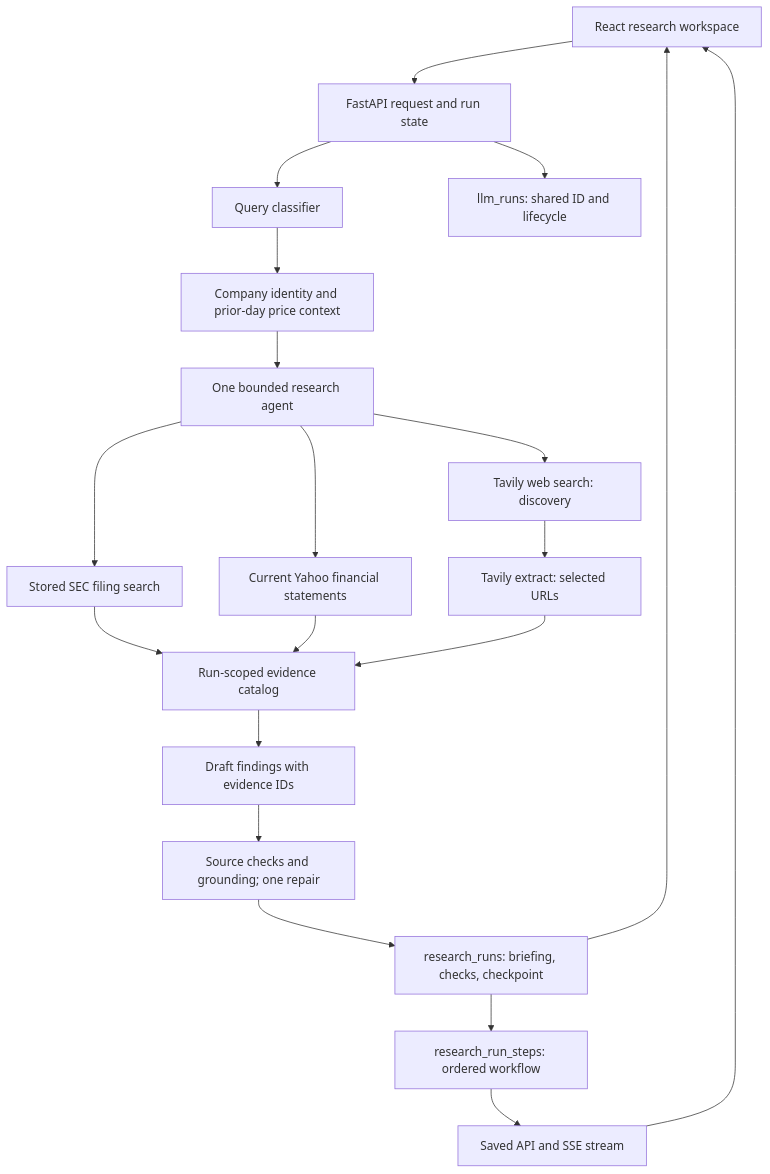
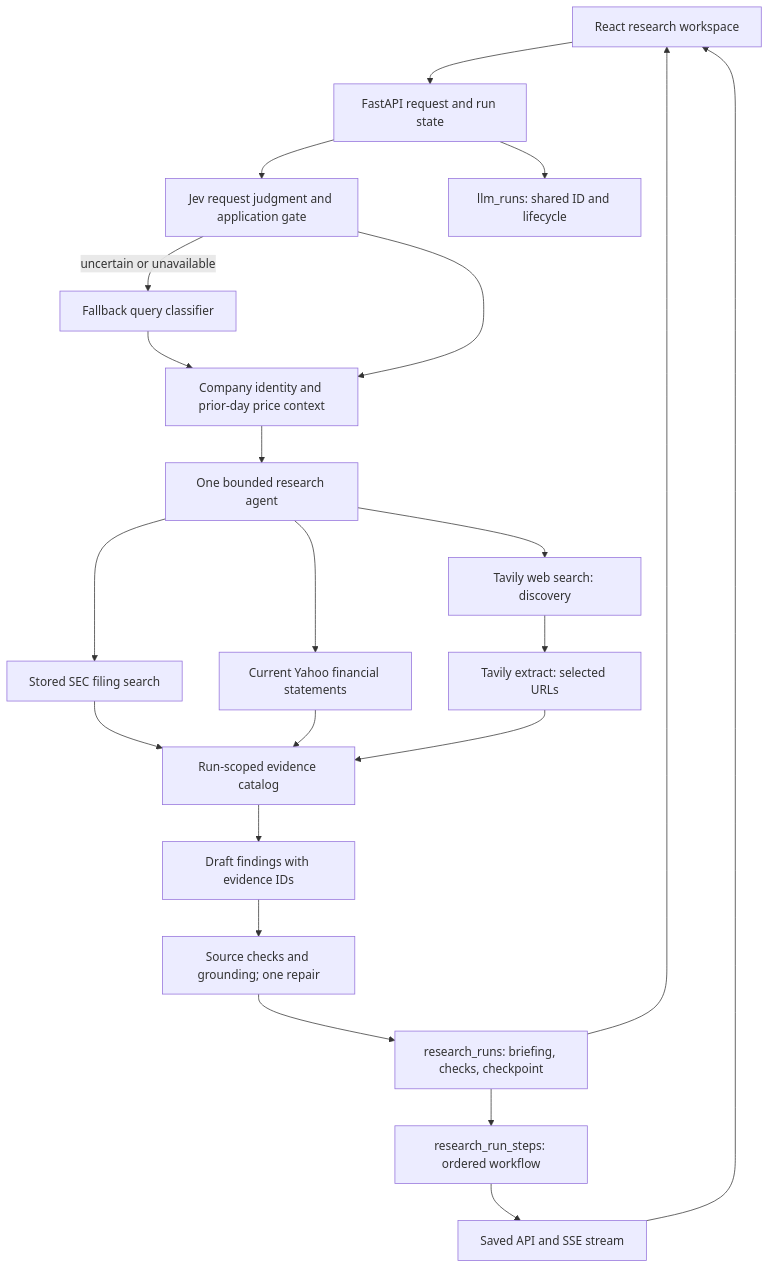
The diagram in backend/research_workflow/README.md (SeijiMatsumoto/ai-systems), drawn with Mermaid before and after one commit. The commit also changed other lines of this file and 18 other files, not shown here.

Commit message:
Show research workflow and Jev request decisions

````diff
--- a/backend/research_workflow/README.md
+++ b/backend/research_workflow/README.md
@@ -13,22 +13,24 @@
 ```mermaid
 flowchart TD
     UI[React research workspace] --> API[FastAPI request and run state]
-    API --> Q[Query classifier]
+    API --> Q[Jev request judgment and application gate]
+    Q -->|uncertain or unavailable| QF[Fallback query classifier]
+    QF --> P
     Q --> P[Company identity and prior-day price context]
     P --> A[One bounded research agent]
     A --> F[Stored SEC filing search]
     A --> Y[Current Yahoo financial statements]
     A --> S[Tavily web search: discovery]
     S --> E[Tavily extract: selected URLs]
     F --> C[Run-scoped evidence catalog]
     Y --> C
     E --> C
     C --> D[Draft findings with evidence IDs]
     D --> V[Source checks and grounding; one repair]
     V --> R[research_runs: briefing, checks, checkpoint]
     API --> L[llm_runs: shared ID and lifecycle]
     R --> W[research_run_steps: ordered workflow]
     W --> SSE[Saved API and SSE stream]
     SSE --> UI
     R --> UI
 ```
````
